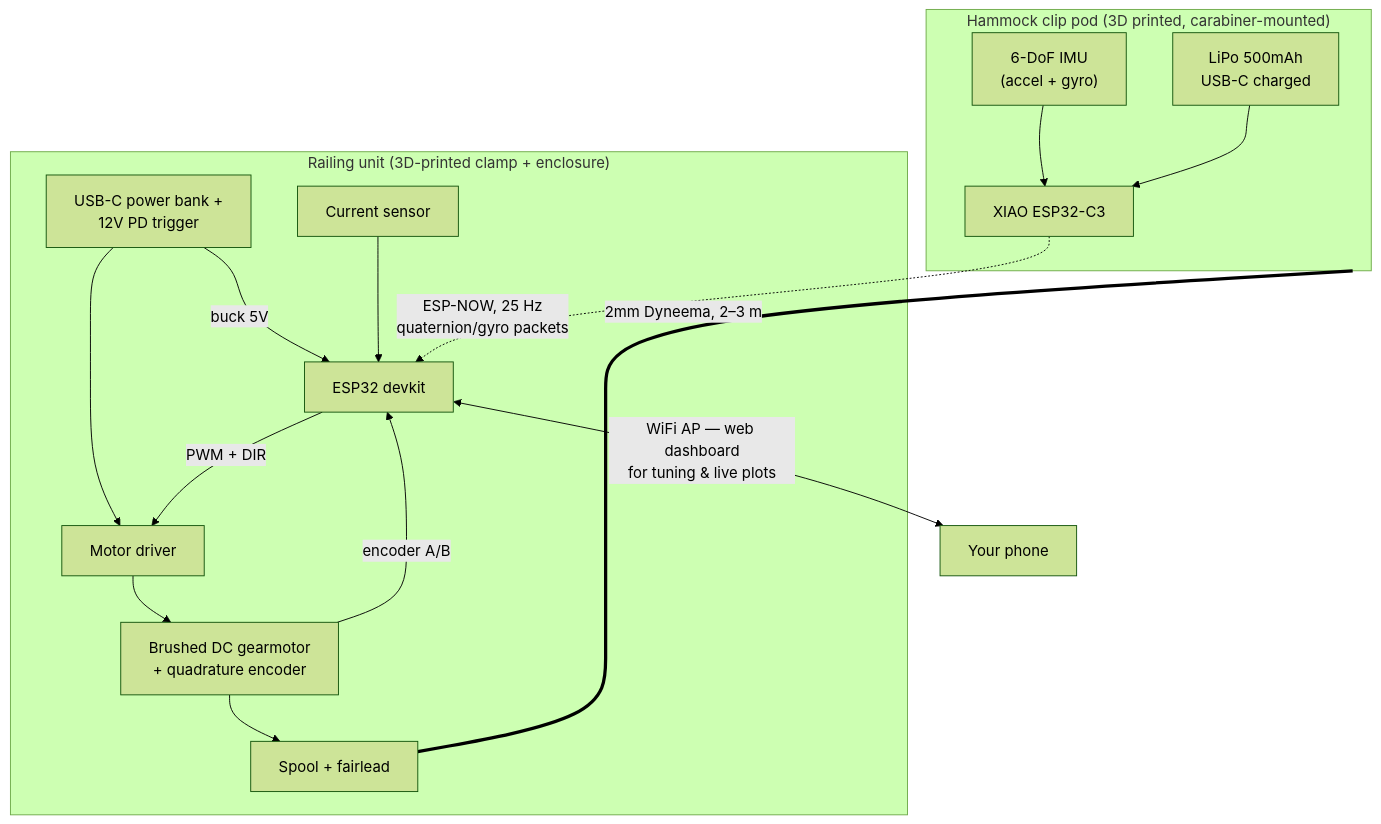
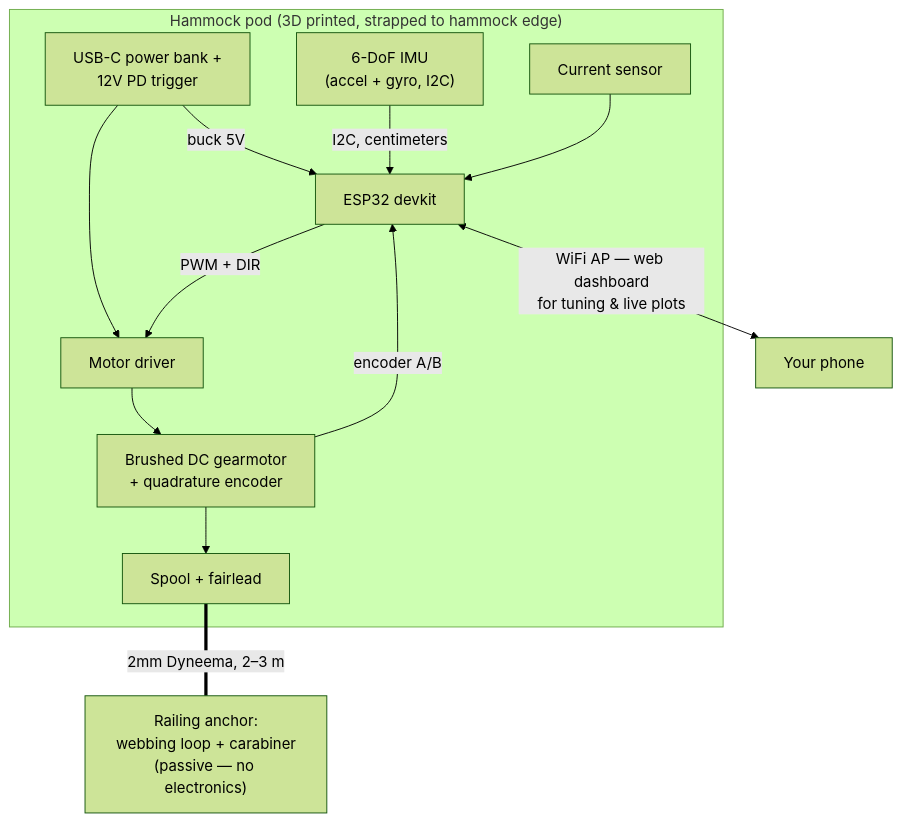
One commit to GeorgeSheppard/HammockPro changed the diagram in docs/01-system-overview.md. Above: the diagram before and after it, drawn with Mermaid (forest theme). The commit also changed other lines of this file and 9 other files, not shown here.

First line of the commit message:
Rework architecture: single hammock-mounted pod with passive anchor

````diff
--- a/docs/01-system-overview.md
+++ b/docs/01-system-overview.md
@@ -90,26 +95,22 @@
 ```mermaid
 flowchart TB
-    subgraph CLIP["Hammock clip pod (3D printed, carabiner-mounted)"]
-        IMU["6-DoF IMU<br/>(accel + gyro)"] --> MCU2["XIAO ESP32-C3"]
-        LIPO["LiPo 500mAh<br/>USB-C charged"] --> MCU2
-    end
-
-    subgraph MAIN["Railing unit (3D-printed clamp + enclosure)"]
-        MCU1["ESP32 devkit"]
+    subgraph POD["Hammock pod (3D printed, strapped to hammock edge)"]
+        MCU["ESP32 devkit"]
+        IMU["6-DoF IMU<br/>(accel + gyro, I2C)"]
         DRV["Motor driver"]
         MOT["Brushed DC gearmotor<br/>+ quadrature encoder"]
         SPOOL["Spool + fairlead"]
         PWR["USB-C power bank +<br/>12V PD trigger"]
         SENSE["Current sensor"]
 
         PWR --> DRV --> MOT --> SPOOL
-        PWR -->|buck 5V| MCU1
-        MCU1 -->|PWM + DIR| DRV
-        MOT -->|encoder A/B| MCU1
-        SENSE --> MCU1
+        PWR -->|buck 5V| MCU
+        IMU -->|I2C, centimeters| MCU
+        MCU -->|PWM + DIR| DRV
+        MOT -->|encoder A/B| MCU
+        SENSE --> MCU
     end
 
-    MCU2 -.->|"ESP-NOW, 25 Hz<br/>quaternion/gyro packets"| MCU1
-    SPOOL ===|"2mm Dyneema, 2–3 m"| CLIP
-    MCU1 <-->|"WiFi AP — web dashboard<br/>for tuning & live plots"| PHONE["Your phone"]
+    SPOOL ===|"2mm Dyneema, 2–3 m"| ANCHOR["Railing anchor:<br/>webbing loop + carabiner<br/>(passive — no electronics)"]
+    MCU <-->|"WiFi AP — web dashboard<br/>for tuning & live plots"| PHONE["Your phone"]
 ```
````
